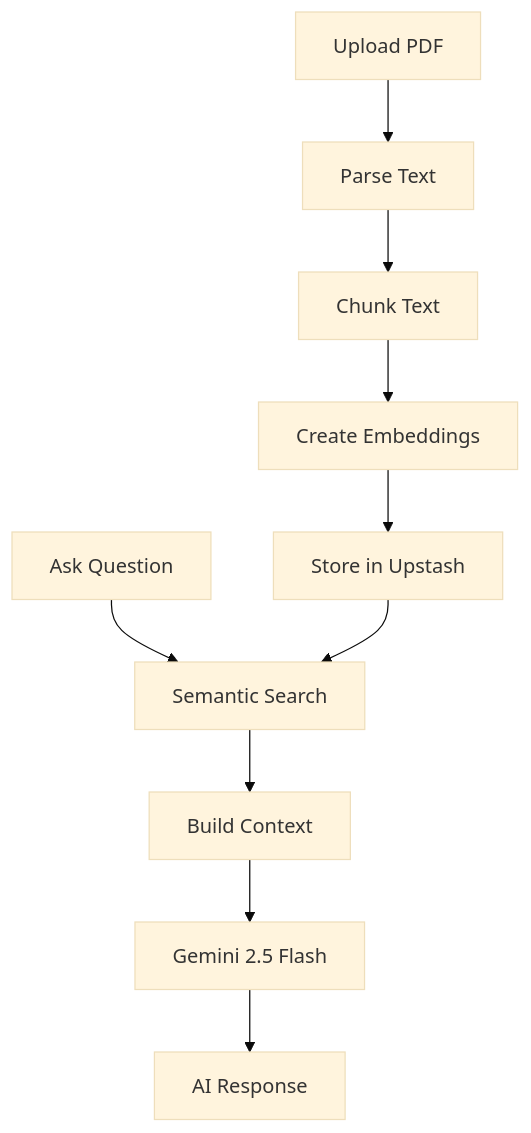
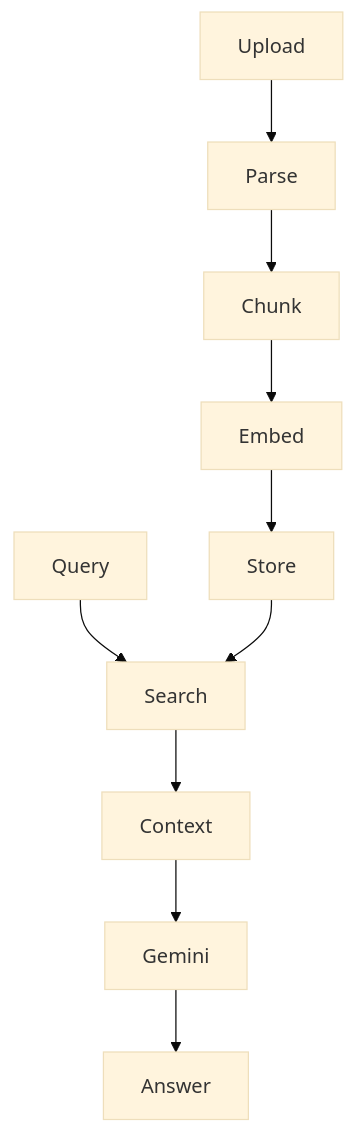
Before and after one commit to Luff-Org/Luff-Boilerplate: the second of 4 diagrams in README.md, drawn with Mermaid (base theme). The commit also changed other lines of this file and 4 other files, not shown here.

Commit message:
fix(docs): rewrite all mermaid diagrams with ultra-short labels for GitHub rendering

````diff
--- a/README.md
+++ b/README.md
@@ -59,12 +59,12 @@
 ```mermaid
 flowchart TD
-  A[Upload PDF] --> B[Parse Text]
-  B --> C[Chunk Text]
-  C --> D[Create Embeddings]
-  D --> E[Store in Upstash]
-  F[Ask Question] --> G[Semantic Search]
+  A[Upload] --> B[Parse]
+  B --> C[Chunk]
+  C --> D[Embed]
+  D --> E[Store]
+  F[Query] --> G[Search]
   E --> G
-  G --> H[Build Context]
-  H --> I[Gemini 2.5 Flash]
-  I --> J[AI Response]
+  G --> H[Context]
+  H --> I[Gemini]
+  I --> J[Answer]
 ```
````
